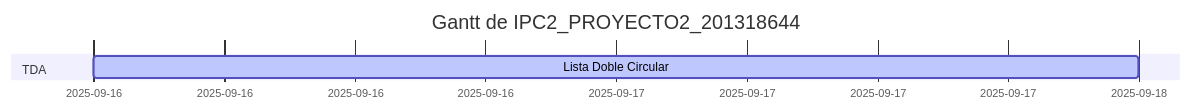
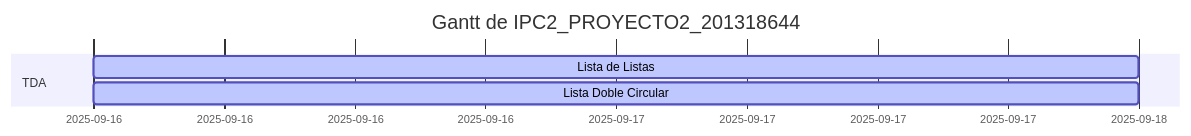
The diagram in docs/gantt.md (MynorCifuentes/GuateRiegos-2.0), drawn with Mermaid before and after one commit.

Commit message:
Actualiza diagrama de Gantt automático

````diff
--- a/docs/gantt.md
+++ b/docs/gantt.md
@@ -1,11 +1,12 @@
 ```mermaid
 gantt
     dateFormat  YYYY-MM-DD
     title Gantt de IPC2_PROYECTO2_201318644
     excludes    weekends
     section TDA
+    Lista de Listas :active, 2, 2025-09-16, 2025-09-18
     Lista Doble Circular :active, 1, 2025-09-16, 2025-09-18
     section Interfaz
     section Reportes
     section Documentación
 ```
````
